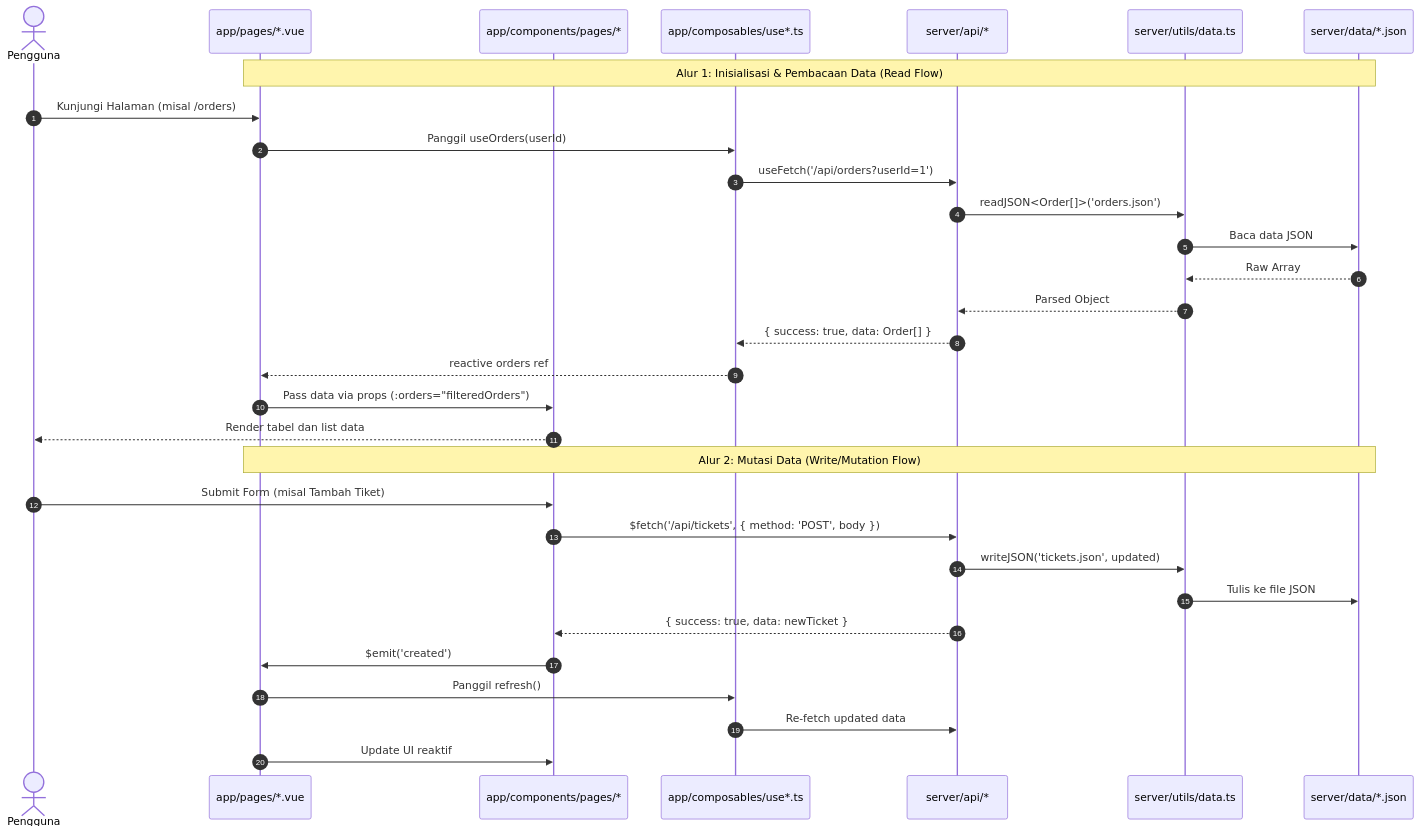
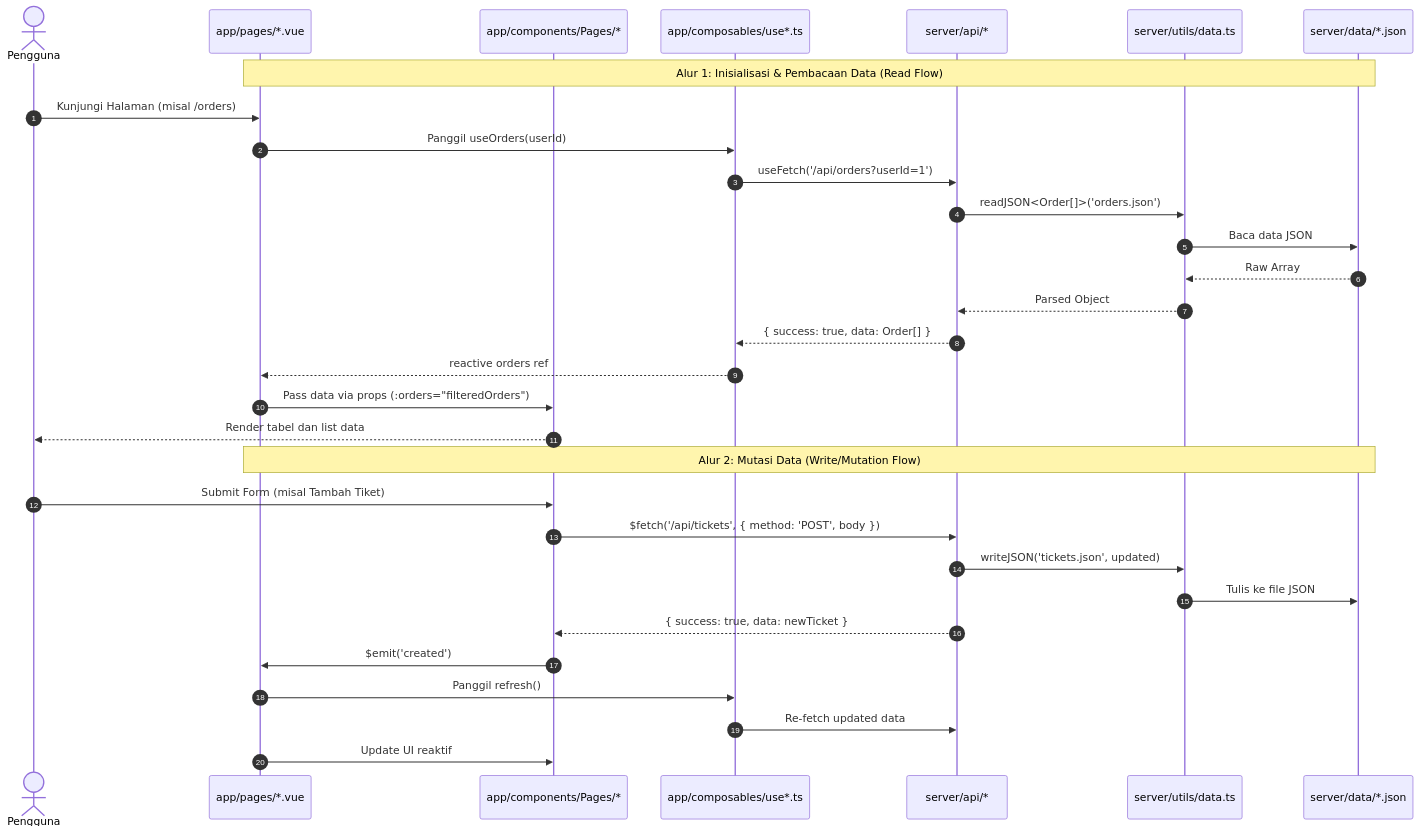
The diagram in docs/STRUCTURE.md (Ekosattrio/dulankAdminNuxt), drawn with Mermaid before and after one commit. The commit also changed other lines of this file and 1102 other files, not shown here.

````diff
--- a/docs/STRUCTURE.md
+++ b/docs/STRUCTURE.md
@@ -610,35 +610,35 @@
 ```mermaid
 sequenceDiagram
     autonumber
     actor User as Pengguna
     participant Page as app/pages/*.vue
-    participant Comp as app/components/pages/*
+    participant Comp as app/components/Pages/*
     participant Composable as app/composables/use*.ts
     participant Nitro as server/api/*
     participant ServerUtil as server/utils/data.ts
     participant DB as server/data/*.json
 
     Note over Page, DB: Alur 1: Inisialisasi & Pembacaan Data (Read Flow)
     User->>Page: Kunjungi Halaman (misal /orders)
     Page->>Composable: Panggil useOrders(userId)
     Composable->>Nitro: useFetch('/api/orders?userId=1')
     Nitro->>ServerUtil: readJSON<Order[]>('orders.json')
     ServerUtil->>DB: Baca data JSON
     DB-->>ServerUtil: Raw Array
     ServerUtil-->>Nitro: Parsed Object
     Nitro-->>Composable: { success: true, data: Order[] }
     Composable-->>Page: reactive orders ref
     Page->>Comp: Pass data via props (:orders="filteredOrders")
     Comp-->>User: Render tabel dan list data
 
     Note over Page, DB: Alur 2: Mutasi Data (Write/Mutation Flow)
     User->>Comp: Submit Form (misal Tambah Tiket)
     Comp->>Nitro: $fetch('/api/tickets', { method: 'POST', body })
     Nitro->>ServerUtil: writeJSON('tickets.json', updated)
     ServerUtil->>DB: Tulis ke file JSON
     Nitro-->>Comp: { success: true, data: newTicket }
     Comp->>Page: $emit('created')
     Page->>Composable: Panggil refresh()
     Composable->>Nitro: Re-fetch updated data
     Page->>Comp: Update UI reaktif
 ```
````
